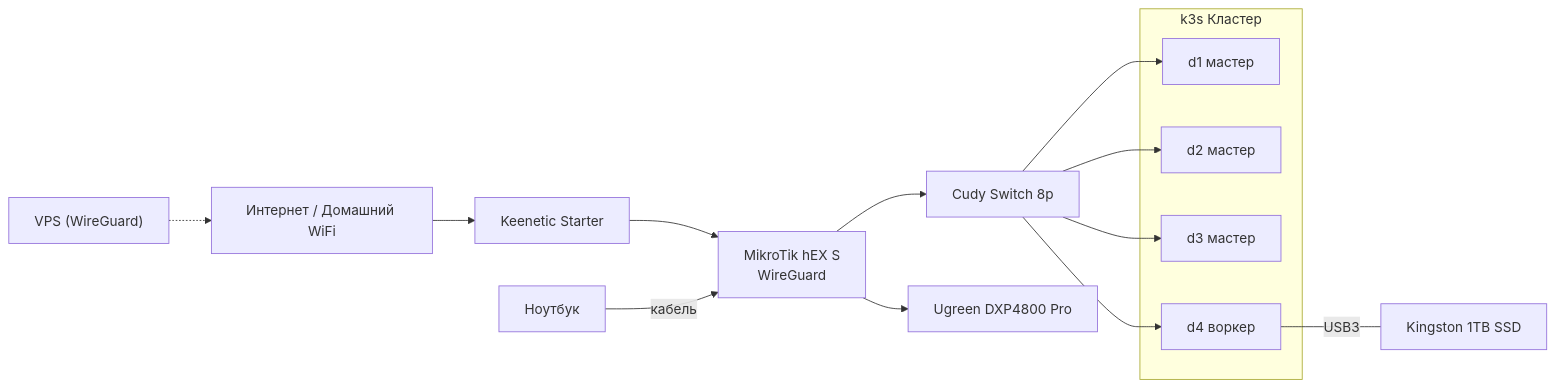
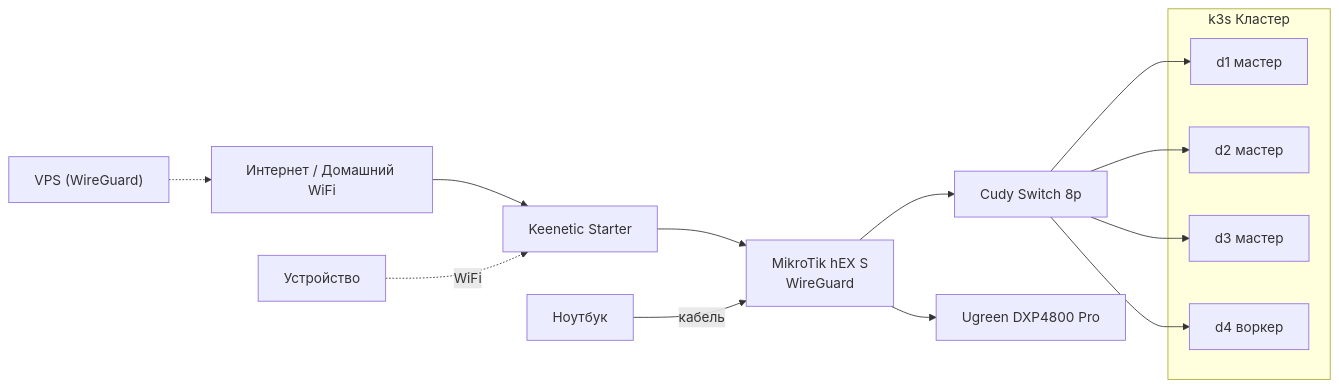
The diagram in docs/ru/v1/README.md (PearlFoe/homelab), drawn with Mermaid before and after one commit. The commit also changed other lines of this file and 9 other files, not shown here.

````diff
--- a/docs/ru/v1/README.md
+++ b/docs/ru/v1/README.md
@@ -17,20 +17,20 @@
 ```mermaid
 graph LR
     VPS["VPS (WireGuard)"] -.-> Internet["Интернет / Домашний WiFi"]
     Internet --> Keenetic["Keenetic Starter"]
     Keenetic --> MikroTik["MikroTik hEX S\nWireGuard"]
+    Device["Устройство"] -.->|WiFi| Keenetic
     Laptop["Ноутбук"] -->|кабель| MikroTik
     MikroTik --> Switch["Cudy Switch 8p"]
     MikroTik --> NAS["Ugreen DXP4800 Pro"]
     Switch --> D1["d1 мастер"]
     Switch --> D2["d2 мастер"]
     Switch --> D3["d3 мастер"]
     Switch --> D4["d4 воркер"]
-    D4 ---|USB3| SSD["Kingston 1TB SSD"]
     subgraph k3sCluster ["k3s Кластер"]
         D1
         D2
         D3
         D4
     end
 ```
````
